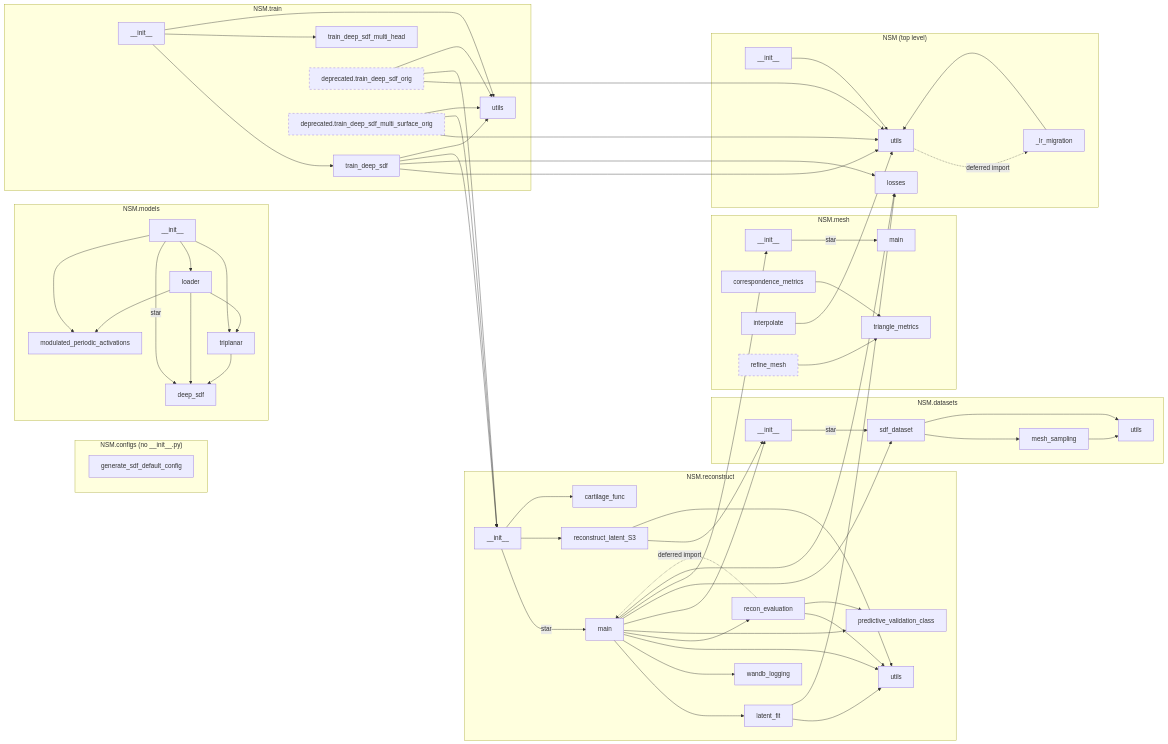
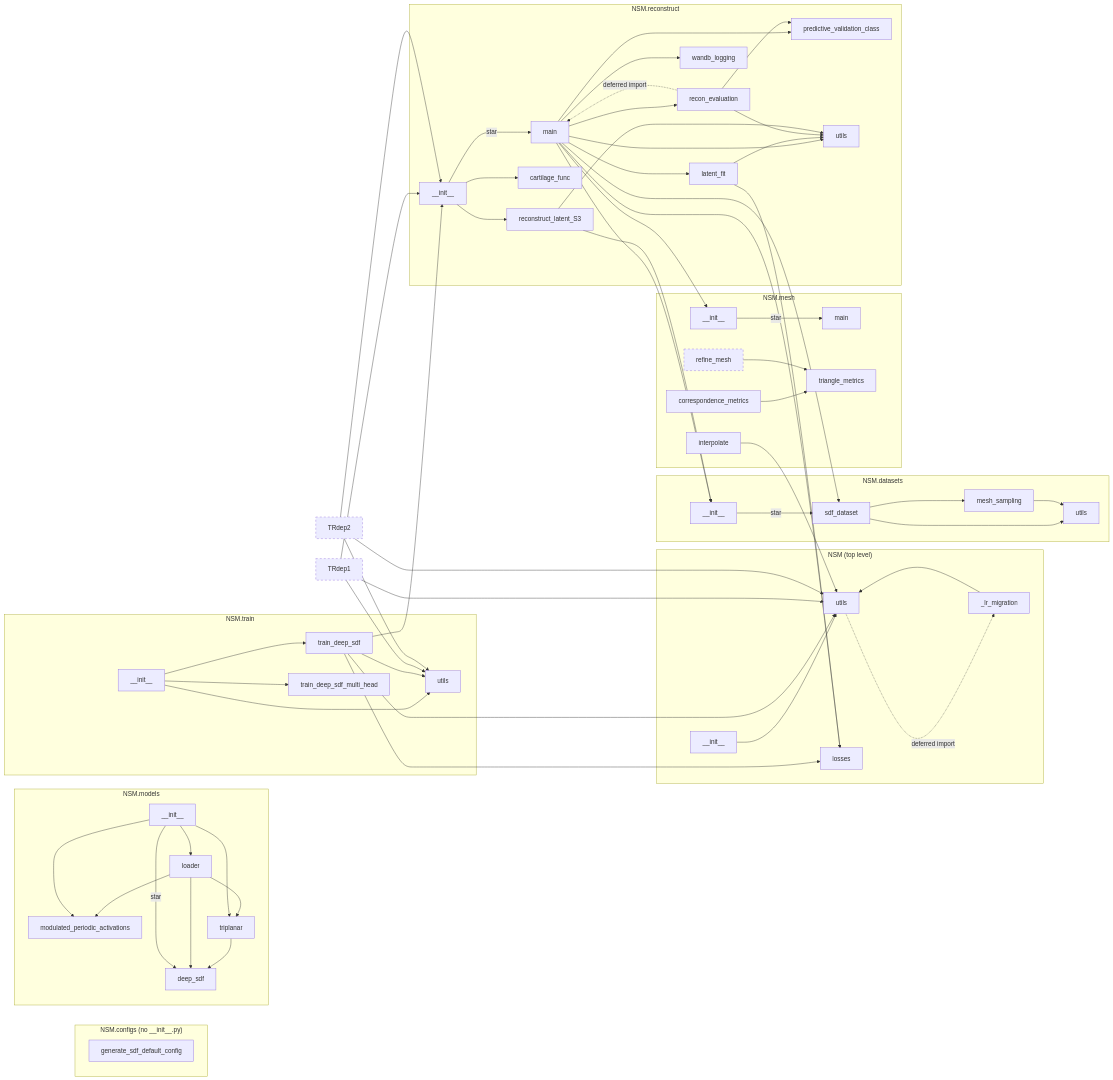
Before and after one commit to gattia/nsm: the diagram in docs/ARCHITECTURE.md, drawn with Mermaid. The commit also changed 6 other files, not shown here.

First line of the commit message:
Remove what deleting train/deprecated/ left behind

```diff
--- a/docs/ARCHITECTURE.md
+++ b/docs/ARCHITECTURE.md
@@ -106,8 +106,6 @@
     TRtds["train_deep_sdf"]
     TRmh["train_deep_sdf_multi_head"]
     TRutils["utils"]
-    TRdep1["deprecated.train_deep_sdf_orig"]
-    TRdep2["deprecated.train_deep_sdf_multi_surface_orig"]
   end
 
   NSMpkg --> Uutils
```
